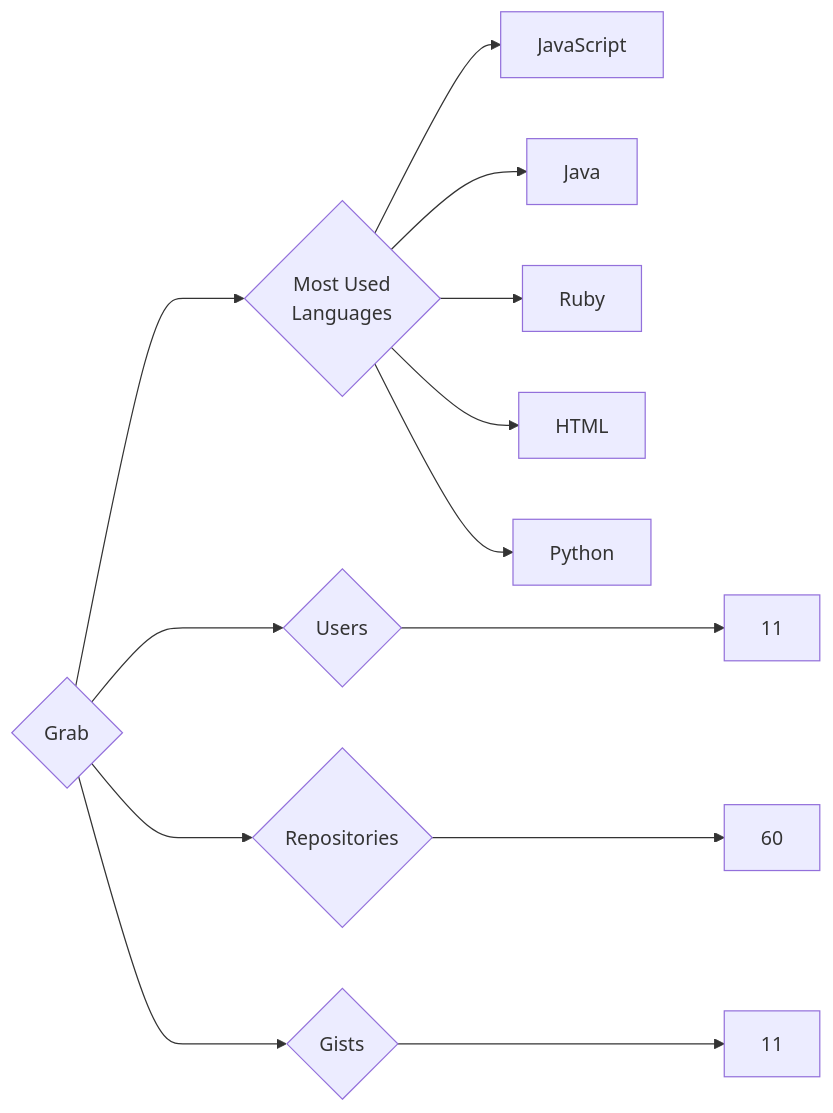
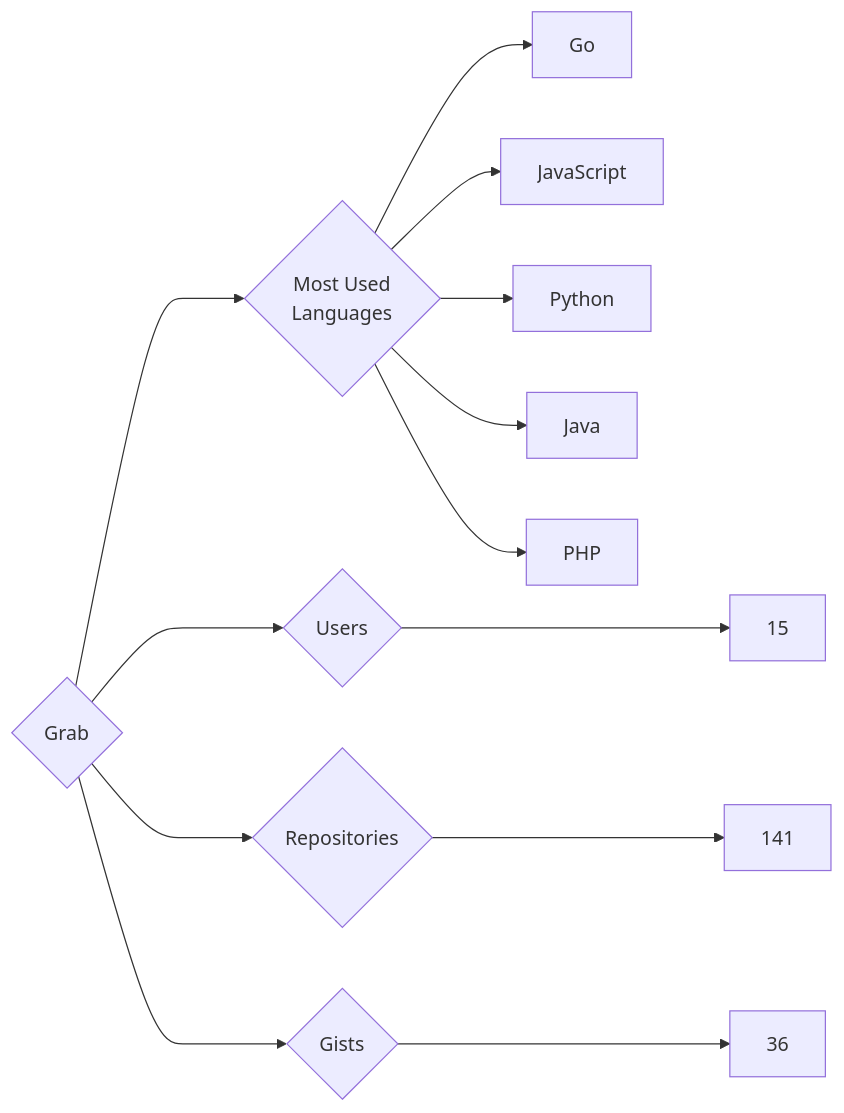
Before and after one commit to trickest/insiders: the diagram in targets/Grab/README.md, drawn with Mermaid. The commit also changed 775 other files, not shown here.

````diff
--- a/targets/Grab/README.md
+++ b/targets/Grab/README.md
@@ -3,13 +3,13 @@
 ```mermaid
 graph LR
 COMPANY_NAME{Grab}
-COMPANY_NAME ---> U{Users} ---> UN[11]
-COMPANY_NAME ---> R{Repositories} ---> RN[60]
-COMPANY_NAME ---> G{Gists} ---> GN[11]
+COMPANY_NAME ---> U{Users} ---> UN[15]
+COMPANY_NAME ---> R{Repositories} ---> RN[141]
+COMPANY_NAME ---> G{Gists} ---> GN[36]
 COMPANY_NAME ---> ML{Most Used<br>Languages}
+ML --> Go[Go]
 ML --> JavaScript[JavaScript]
+ML --> Python[Python]
 ML --> Java[Java]
-ML --> Ruby[Ruby]
-ML --> HTML[HTML]
-ML --> Python[Python]
+ML --> PHP[PHP]
 ```
````
